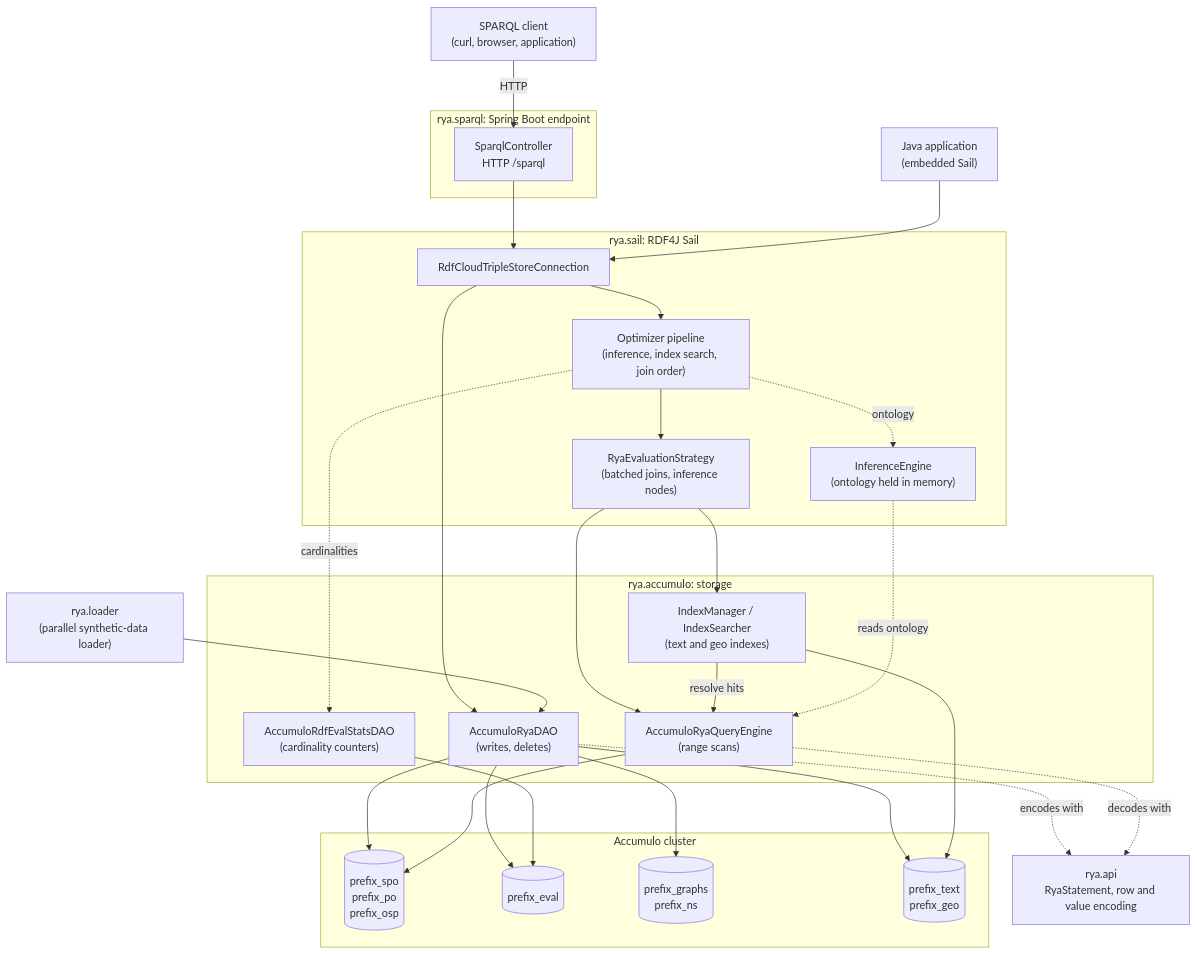
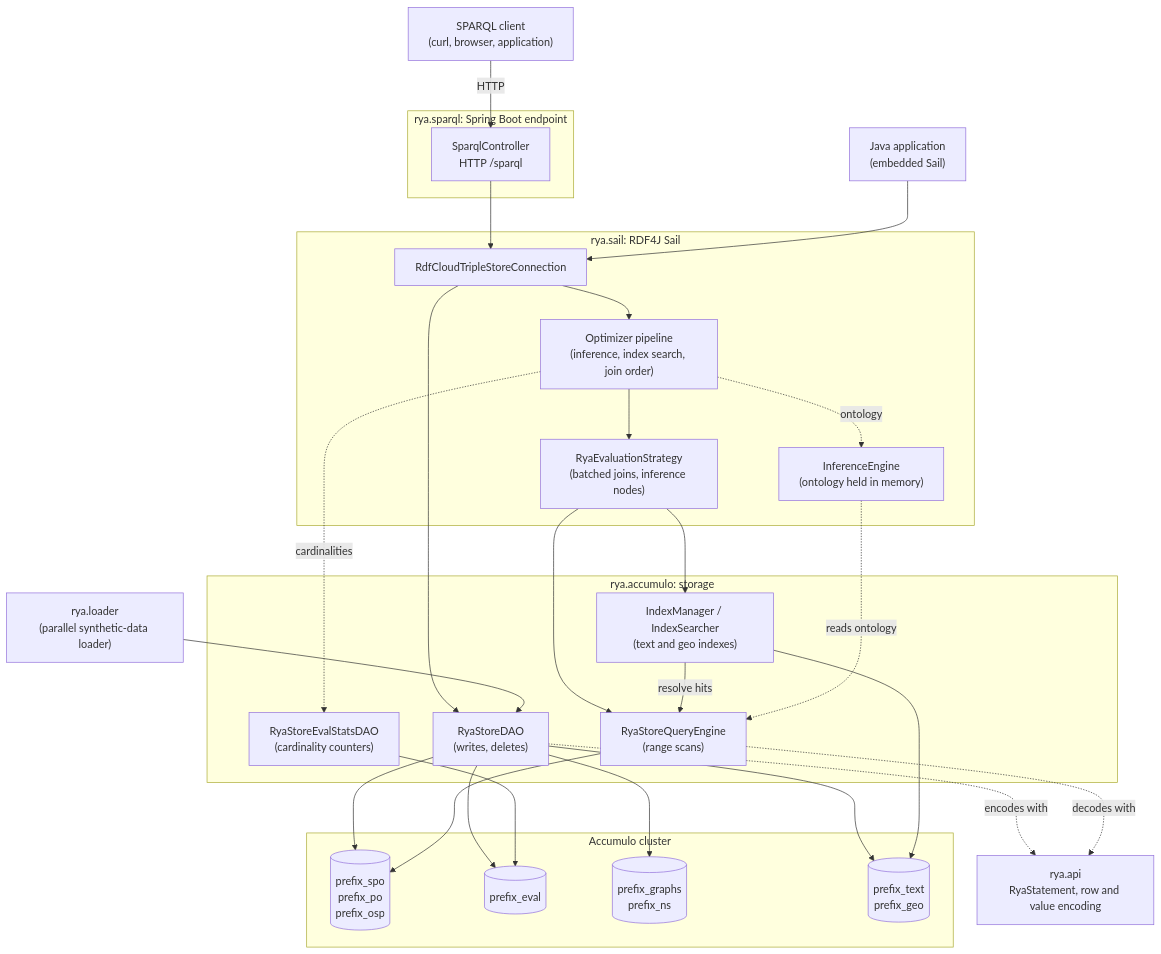
The first of 21 diagrams in ARCH.md (dgreco/rya-ng), drawn with Mermaid before and after one commit. The commit also changed other lines of this file and 28 other files, not shown here.

````diff
--- a/ARCH.md
+++ b/ARCH.md
@@ -68,48 +68,48 @@
 ```mermaid
 flowchart TB
     client["SPARQL client<br/>(curl, browser, application)"]
     embed["Java application<br/>(embedded Sail)"]
     subgraph sparql["rya.sparql: Spring Boot endpoint"]
         ctrl["SparqlController<br/>HTTP /sparql"]
     end
     subgraph sail["rya.sail: RDF4J Sail"]
         conn["RdfCloudTripleStoreConnection"]
         opt["Optimizer pipeline<br/>(inference, index search, join order)"]
         eval["RyaEvaluationStrategy<br/>(batched joins, inference nodes)"]
         inf["InferenceEngine<br/>(ontology held in memory)"]
     end
     subgraph acc["rya.accumulo: storage"]
-        dao["AccumuloRyaDAO<br/>(writes, deletes)"]
-        qe["AccumuloRyaQueryEngine<br/>(range scans)"]
+        dao["RyaStoreDAO<br/>(writes, deletes)"]
+        qe["RyaStoreQueryEngine<br/>(range scans)"]
         idx["IndexManager / IndexSearcher<br/>(text and geo indexes)"]
-        stats["AccumuloRdfEvalStatsDAO<br/>(cardinality counters)"]
+        stats["RyaStoreEvalStatsDAO<br/>(cardinality counters)"]
     end
     api["rya.api<br/>RyaStatement, row and value encoding"]
     loader["rya.loader<br/>(parallel synthetic-data loader)"]
     subgraph cluster["Accumulo cluster"]
         t1[("prefix_spo<br/>prefix_po<br/>prefix_osp")]
         t2[("prefix_eval")]
         t3[("prefix_graphs<br/>prefix_ns")]
         t4[("prefix_text<br/>prefix_geo")]
     end
     client -- "HTTP" --> ctrl --> conn
     embed --> conn
     conn --> opt --> eval
     opt -. "ontology" .-> inf
     opt -. "cardinalities" .-> stats
     eval --> qe
     eval --> idx
     conn --> dao
     loader --> dao
     dao --> t1
     dao --> t2
     dao --> t3
     dao --> t4
     qe --> t1
     idx --> t4
     idx -- "resolve hits" --> qe
     stats --> t2
     inf -. "reads ontology" .-> qe
     dao -. "encodes with" .-> api
     qe -. "decodes with" .-> api
 ```
````
